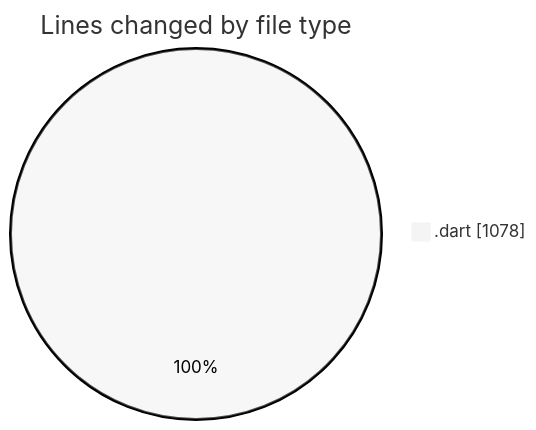
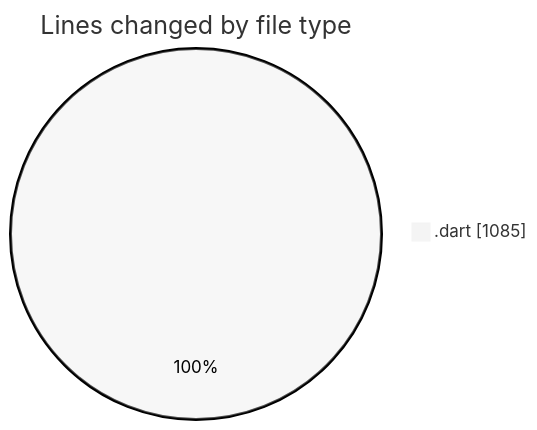
Before and after one commit to donsfak/code-tracking: the first of 2 diagrams in 2025-03-08/uber_clone/README.md, drawn with Mermaid (neutral theme). The commit also changed other lines of this file and 1 other file, not shown here.

````diff
--- a/2025-03-08/uber_clone/README.md
+++ b/2025-03-08/uber_clone/README.md
@@ -21,5 +21,5 @@
 ```mermaid
 pie showData
 title Lines changed by file type
-".dart" : 1078
+".dart" : 1085
 ```
````
